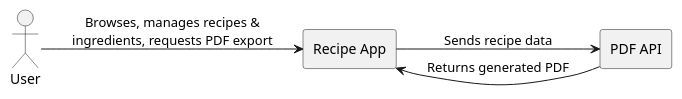
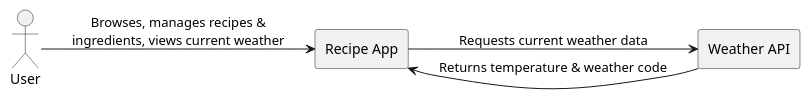
One commit to thomasprade/thro-sqs-2026 changed the first of 2 diagrams in docs/arc42/03_context_and_scope.md. Above: the diagram before and after it, drawn with PlantUML. The commit also changed other lines of this file and 7 other files, not shown here.

````diff
--- a/docs/arc42/03_context_and_scope.md
+++ b/docs/arc42/03_context_and_scope.md
@@ -12,14 +12,14 @@
 ```puml
 @startuml
 left to right direction
 skinparam packageStyle rectangle
 
 actor "User" as user
 rectangle "Recipe App" as app
-rectangle "PDF API" as api
+rectangle "Weather API" as api
 
-user --> app : Browses, manages recipes &\ningredients, requests PDF export
-app --> api : Sends recipe data
-api --> app : Returns generated PDF
+user --> app : Browses, manages recipes &\ningredients, views current weather
+app --> api : Requests current weather data
+api --> app : Returns temperature & weather code
 @enduml
 ```
````
